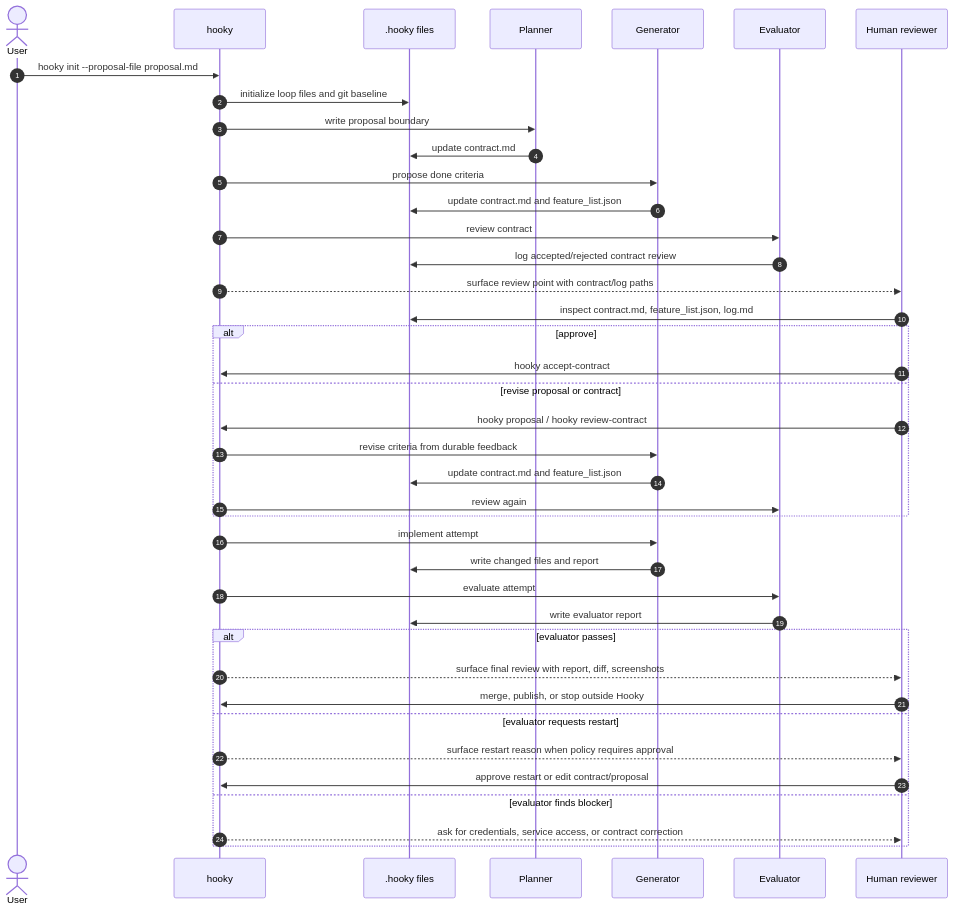
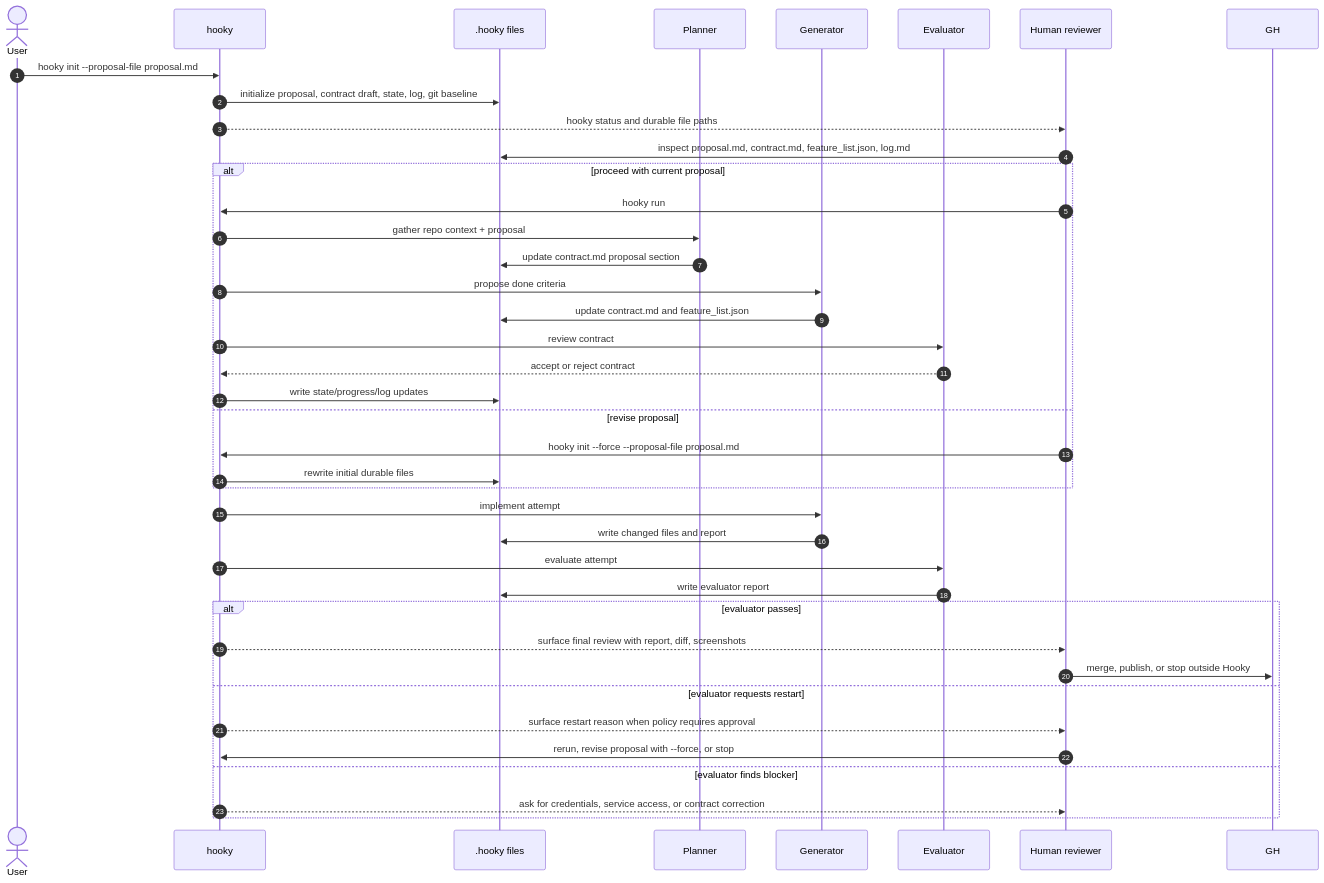
Before and after one commit to datashaman/hooky: the second of 3 diagrams in docs/usage-sequences.md, drawn with Mermaid. The commit also changed other lines of this file and 19 other files, not shown here.

Commit message:
Update GitHub workflow for hooky loop

````diff
--- a/docs/usage-sequences.md
+++ b/docs/usage-sequences.md
@@ -64,46 +68,44 @@
 ```mermaid
 sequenceDiagram
     autonumber
     actor User
     participant CLI as hooky
     participant FS as .hooky files
     participant Planner
     participant Generator
     participant Evaluator
     participant Human as Human reviewer
 
     User->>CLI: hooky init --proposal-file proposal.md
-    CLI->>FS: initialize loop files and git baseline
-    CLI->>Planner: write proposal boundary
-    Planner->>FS: update contract.md
-    CLI->>Generator: propose done criteria
-    Generator->>FS: update contract.md and feature_list.json
-    CLI->>Evaluator: review contract
-    Evaluator->>FS: log accepted/rejected contract review
-
-    CLI-->>Human: surface review point with contract/log paths
-    Human->>FS: inspect contract.md, feature_list.json, log.md
-    alt approve
-        Human->>CLI: hooky accept-contract
-    else revise proposal or contract
-        Human->>CLI: hooky proposal / hooky review-contract
-        CLI->>Generator: revise criteria from durable feedback
+    CLI->>FS: initialize proposal, contract draft, state, log, git baseline
+    CLI-->>Human: hooky status and durable file paths
+    Human->>FS: inspect proposal.md, contract.md, feature_list.json, log.md
+    alt proceed with current proposal
+        Human->>CLI: hooky run
+        CLI->>Planner: gather repo context + proposal
+        Planner->>FS: update contract.md proposal section
+        CLI->>Generator: propose done criteria
         Generator->>FS: update contract.md and feature_list.json
-        CLI->>Evaluator: review again
+        CLI->>Evaluator: review contract
+        Evaluator-->>CLI: accept or reject contract
+        CLI->>FS: write state/progress/log updates
+    else revise proposal
+        Human->>CLI: hooky init --force --proposal-file proposal.md
+        CLI->>FS: rewrite initial durable files
     end
 
     CLI->>Generator: implement attempt
     Generator->>FS: write changed files and report
     CLI->>Evaluator: evaluate attempt
     Evaluator->>FS: write evaluator report
 
     alt evaluator passes
         CLI-->>Human: surface final review with report, diff, screenshots
-        Human->>CLI: merge, publish, or stop outside Hooky
+        Human->>GH: merge, publish, or stop outside Hooky
     else evaluator requests restart
         CLI-->>Human: surface restart reason when policy requires approval
-        Human->>CLI: approve restart or edit contract/proposal
+        Human->>CLI: rerun, revise proposal with --force, or stop
     else evaluator finds blocker
         CLI-->>Human: ask for credentials, service access, or contract correction
     end
 ```
````
